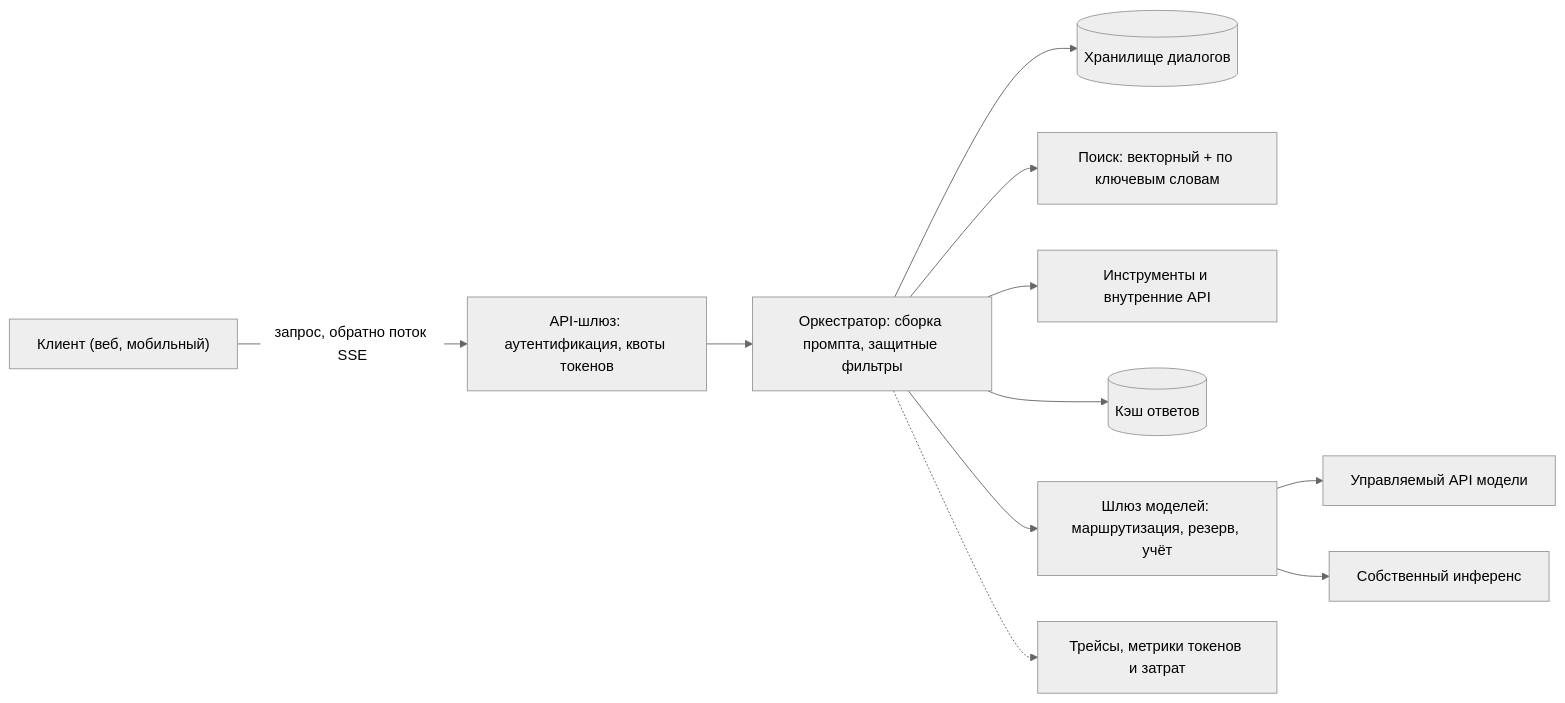
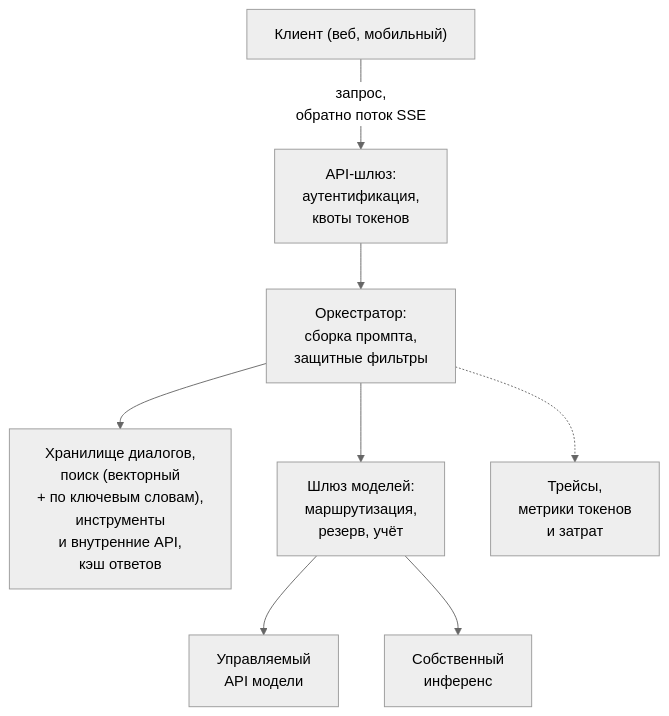
One commit to butyavk/system-design changed the first of 2 diagrams in src/content/docs/ru/architecture/llm-applications.mdx. Above: the diagram before and after it, drawn with Mermaid (neutral theme). The commit also changed other lines of this file and 144 other files, not shown here.

````diff
--- a/src/content/docs/ru/architecture/llm-applications.mdx
+++ b/src/content/docs/ru/architecture/llm-applications.mdx
@@ -24,13 +24,10 @@
 ```mermaid
-flowchart LR
-  client["Клиент (веб, мобильный)"] -->|"запрос, обратно поток SSE"| gw["API-шлюз: аутентификация, квоты токенов"]
-  gw --> orch["Оркестратор: сборка промпта, защитные фильтры"]
-  orch --> conv[("Хранилище диалогов")]
-  orch --> rag["Поиск: векторный + по ключевым словам"]
-  orch --> tools["Инструменты и внутренние API"]
-  orch --> cache[("Кэш ответов")]
-  orch --> mgw["Шлюз моделей: маршрутизация, резерв, учёт"]
-  mgw --> api["Управляемый API модели"]
-  mgw --> selfhost["Собственный инференс"]
-  orch -.-> obs["Трейсы, метрики токенов и затрат"]
+flowchart TB
+  client["Клиент (веб, мобильный)"] -->|"запрос,<br/>обратно поток SSE"| gw["API-шлюз:<br/>аутентификация,<br/>квоты токенов"]
+  gw --> orch["Оркестратор:<br/>сборка промпта,<br/>защитные фильтры"]
+  orch --> deps["Хранилище диалогов,<br/>поиск (векторный<br/>+ по ключевым словам),<br/>инструменты<br/>и внутренние API,<br/>кэш ответов"]
+  orch --> mgw["Шлюз моделей:<br/>маршрутизация,<br/>резерв, учёт"]
+  mgw --> api["Управляемый<br/>API модели"]
+  mgw --> selfhost["Собственный<br/>инференс"]
+  orch -.-> obs["Трейсы,<br/>метрики токенов<br/>и затрат"]
 ```
````
